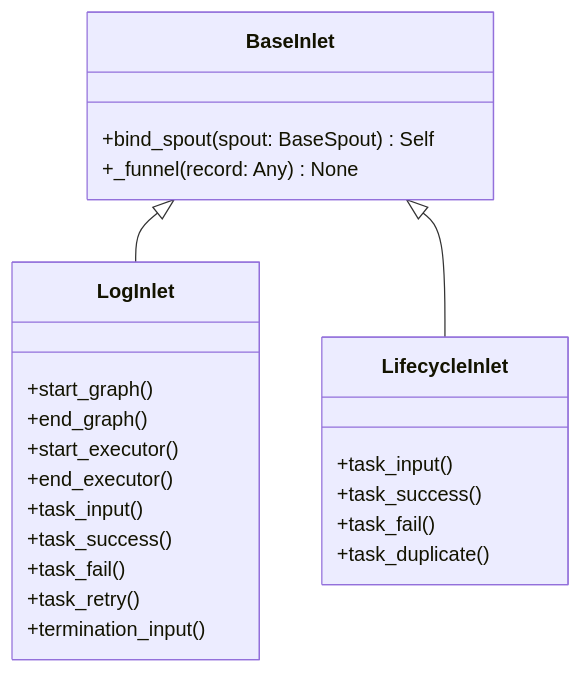
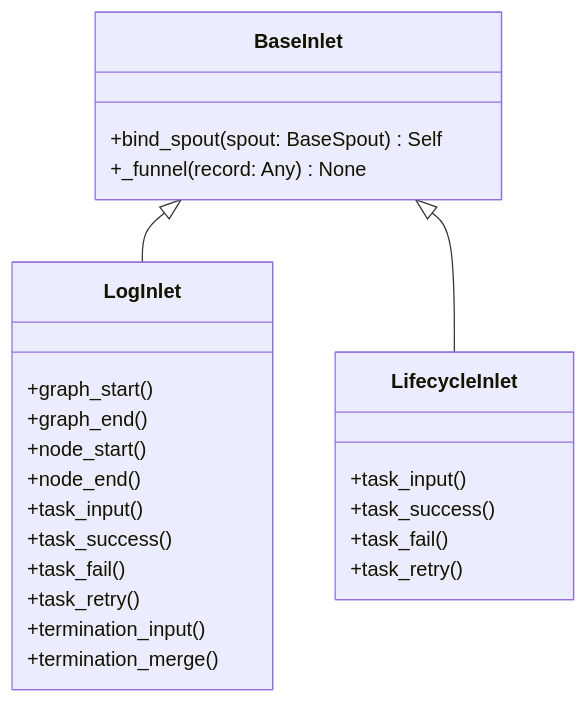
Before and after one commit to Mr-xiaotian/CelestialFlow: the diagram in docs/zh-CN/src/funnel/core_inlet.md, drawn with Mermaid. The commit also changed other lines of this file and 100 other files, not shown here.

````diff
--- a/docs/zh-CN/src/funnel/core_inlet.md
+++ b/docs/zh-CN/src/funnel/core_inlet.md
@@ -67,26 +67,27 @@
 ```mermaid
 classDiagram
     class BaseInlet {
         +bind_spout(spout: BaseSpout) Self
         +_funnel(record: Any) None
     }
     class LogInlet {
-        +start_graph()
-        +end_graph()
-        +start_executor()
-        +end_executor()
+        +graph_start()
+        +graph_end()
+        +node_start()
+        +node_end()
         +task_input()
         +task_success()
         +task_fail()
         +task_retry()
         +termination_input()
+        +termination_merge()
     }
     class LifecycleInlet {
         +task_input()
         +task_success()
         +task_fail()
-        +task_duplicate()
+        +task_retry()
     }
     BaseInlet <|-- LogInlet
     BaseInlet <|-- LifecycleInlet
 ```
````
